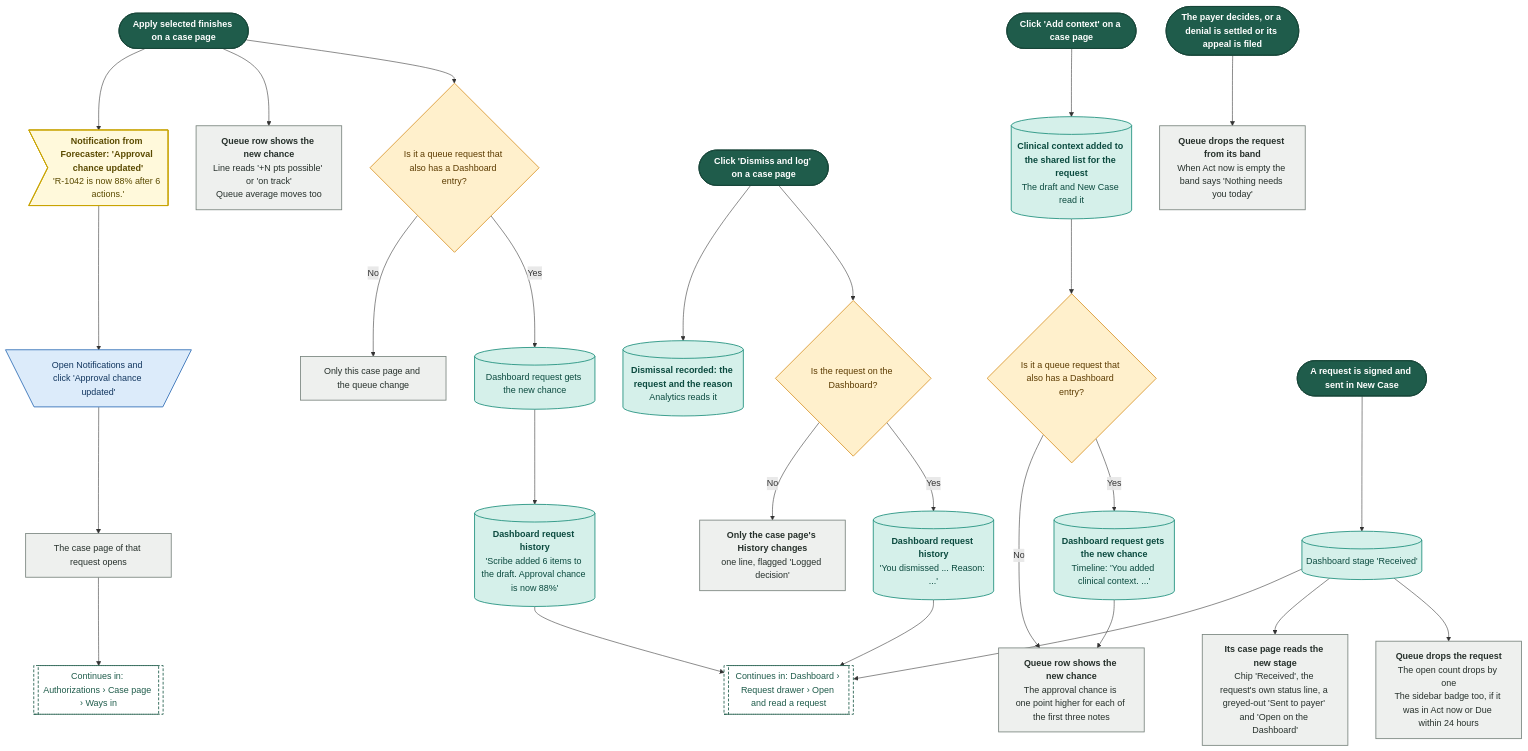
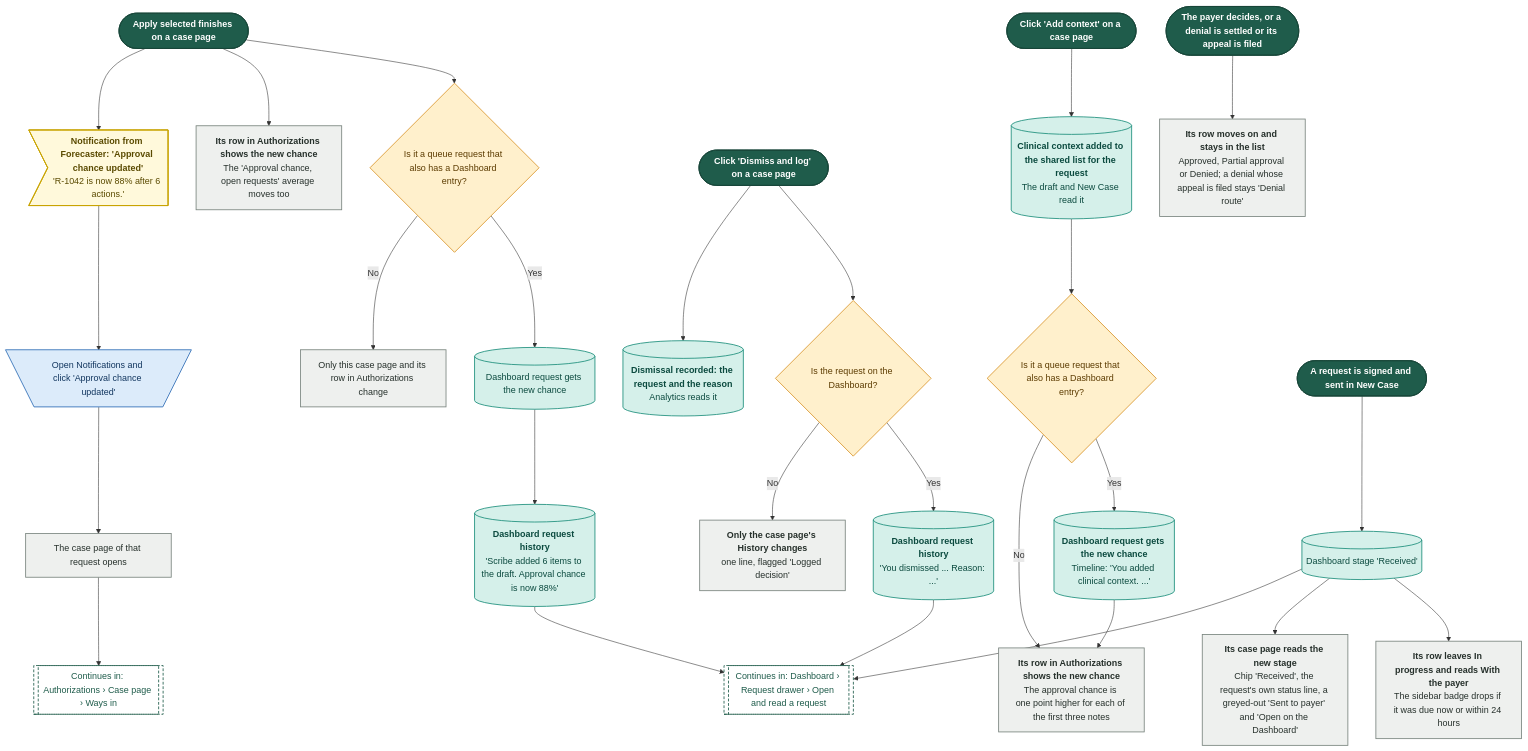
One commit to Shrav143/psyfloapp changed the diagram in demos/prior-auth-demo/workflows/out/mmd/03-authorizations/82-case-writes.mmd. Above: the diagram before and after it, drawn with Mermaid. The commit also changed 113 other files, not shown here.

First line of the commit message:
docs: workflow diagrams for the merged Authorizations (worklist, approved, reviews and tracked cases, sidebar arrow), every link retargeted, 336 diagrams

```diff
--- a/demos/prior-auth-demo/workflows/out/mmd/03-authorizations/82-case-writes.mmd
+++ b/demos/prior-auth-demo/workflows/out/mmd/03-authorizations/82-case-writes.mmd
@@ -1,69 +1,69 @@
 %%{init: {"theme":"base","themeVariables":{"fontFamily":"'DM Sans', 'Segoe UI', system-ui, sans-serif","fontSize":"15px","lineColor":"#5B6B63","primaryTextColor":"#1C2B25","clusterBkg":"#FBF8F3","clusterBorder":"#D9CDBB","edgeLabelBackground":"#FFFFFF"},"flowchart":{"curve":"basis","nodeSpacing":36,"rankSpacing":48,"padding":12,"htmlLabels":true,"useMaxWidth":false,"wrappingWidth":230}} }%%
 flowchart TD
   classDef k_start fill:#1F5C4B,stroke:#174638,color:#FFFFFF,stroke-width:1.5px,font-weight:600
   classDef k_end fill:#DDEFE3,stroke:#2E7D4F,color:#14502F,stroke-width:1.5px,font-weight:600
   classDef k_endx fill:#FBE3E0,stroke:#C0392B,color:#7A1F16,stroke-width:1.5px,font-weight:600
   classDef k_screen fill:#FFFDF8,stroke:#1F5C4B,color:#1C2B25,stroke-width:2px
   classDef k_overlay fill:#F1F7F3,stroke:#1F5C4B,color:#1C2B25,stroke-width:2px,stroke-dasharray:5 3
   classDef k_click fill:#DCEBFA,stroke:#2F6DB5,color:#12365F,stroke-width:1.5px
   classDef k_input fill:#E4E7FF,stroke:#4C5FD5,color:#1D2670,stroke-width:1.5px
   classDef k_process fill:#EEF0EE,stroke:#7A857F,color:#26302B,stroke-width:1.5px
   classDef k_agent fill:#EEE5FA,stroke:#7A4FC2,color:#341A63,stroke-width:1.5px
   classDef k_decision fill:#FFF0CC,stroke:#D9962B,color:#5C3B00,stroke-width:1.5px
   classDef k_store fill:#D5F0EA,stroke:#1C8E7B,color:#0B4A3F,stroke-width:1.5px
   classDef k_doc fill:#F6E9DC,stroke:#B07A4C,color:#4A2E14,stroke-width:1.5px
   classDef k_ext fill:#FFE6D2,stroke:#E07B39,color:#6B2F06,stroke-width:1.5px
   classDef k_wait fill:#E4E8EE,stroke:#6B7C93,color:#26303D,stroke-width:1.5px
   classDef k_toast fill:#FFF9DB,stroke:#C9A400,color:#5A4A00,stroke-width:1.5px
   classDef k_goto fill:#FFFFFF,stroke:#1F5C4B,color:#1F5C4B,stroke-width:1.5px,stroke-dasharray:5 3
   s1@{ shape: stadium, label: "Apply selected finishes on a case page" }
   d1@{ shape: diam, label: "Is it a queue request that also has a Dashboard entry?" }
   w1@{ shape: cyl, label: "Dashboard request gets the new chance" }
   w2@{ shape: cyl, label: "<b>Dashboard request history</b><br/>'Scribe added 6 items to the draft. Approval chance is now 88%'" }
-  w0@{ shape: rect, label: "Only this case page and the queue change" }
-  q1@{ shape: rect, label: "<b>Queue row shows the new chance</b><br/>Line reads '+N pts possible' or 'on track'<br/>Queue average moves too" }
+  w0@{ shape: rect, label: "Only this case page and its row in Authorizations change" }
+  q1@{ shape: rect, label: "<b>Its row in Authorizations shows the new chance</b><br/>The 'Approval chance, open requests' average moves too" }
   n1@{ shape: odd, label: "<b>Notification from Forecaster: 'Approval chance updated'</b><br/>'R-1042 is now 88% after 6 actions.'" }
   n2@{ shape: trap-t, label: "Open Notifications and click 'Approval chance updated'" }
   n3@{ shape: rect, label: "The case page of that request opens" }
   g1@{ shape: subproc, label: "Continues in: Authorizations › Case page › Ways in" }
   s2@{ shape: stadium, label: "Click 'Dismiss and log' on a case page" }
   d2@{ shape: diam, label: "Is the request on the Dashboard?" }
   w3@{ shape: cyl, label: "<b>Dashboard request history</b><br/>'You dismissed ... Reason: ...'" }
   w4@{ shape: rect, label: "<b>Only the case page's History changes</b><br/>one line, flagged 'Logged decision'" }
   w7@{ shape: cyl, label: "<b>Dismissal recorded: the request and the reason</b><br/>Analytics reads it" }
   s4@{ shape: stadium, label: "Click 'Add context' on a case page" }
   w8@{ shape: cyl, label: "<b>Clinical context added to the shared list for the request</b><br/>The draft and New Case read it" }
   d4@{ shape: diam, label: "Is it a queue request that also has a Dashboard entry?" }
   w9@{ shape: cyl, label: "<b>Dashboard request gets the new chance</b><br/>Timeline: 'You added clinical context. ...'" }
-  w10@{ shape: rect, label: "<b>Queue row shows the new chance</b><br/>The approval chance is one point higher for each of the first three notes" }
+  w10@{ shape: rect, label: "<b>Its row in Authorizations shows the new chance</b><br/>The approval chance is one point higher for each of the first three notes" }
   s3@{ shape: stadium, label: "A request is signed and sent in New Case" }
   w5@{ shape: cyl, label: "Dashboard stage 'Received'" }
-  w6@{ shape: rect, label: "<b>Queue drops the request</b><br/>The open count drops by one<br/>The sidebar badge too, if it was in Act now or Due within 24 hours" }
+  w6@{ shape: rect, label: "<b>Its row leaves In progress and reads With the payer</b><br/>The sidebar badge drops if it was due now or within 24 hours" }
   w11@{ shape: rect, label: "<b>Its case page reads the new stage</b><br/>Chip 'Received', the request's own status line, a greyed-out 'Sent to payer' and 'Open on the Dashboard'" }
   s5@{ shape: stadium, label: "The payer decides, or a denial is settled or its appeal is filed" }
-  w12@{ shape: rect, label: "<b>Queue drops the request from its band</b><br/>When Act now is empty the band says 'Nothing needs you today'" }
+  w12@{ shape: rect, label: "<b>Its row moves on and stays in the list</b><br/>Approved, Partial approval or Denied; a denial whose appeal is filed stays 'Denial route'" }
   g2@{ shape: subproc, label: "Continues in: Dashboard › Request drawer › Open and read a request" }
   s1 --> d1
   d1 -->|"Yes"| w1 --> w2
   d1 -->|"No"| w0
   s1 --> q1
   s1 --> n1 --> n2 --> n3 --> g1
   w2 --> g2
   s2 --> d2
   d2 -->|"Yes"| w3 --> g2
   d2 -->|"No"| w4
   s2 --> w7
   s4 --> w8 --> d4
   d4 -->|"Yes"| w9 --> w10
   d4 -->|"No"| w10
   s3 --> w5 --> w6
   w5 --> w11
   w5 --> g2
   s5 --> w12
   class s1,s2,s4,s3,s5 k_start
   class d1,d2,d4 k_decision
   class w1,w2,w3,w7,w8,w9,w5 k_store
   class w0,q1,n3,w4,w10,w6,w11,w12 k_process
   class n1 k_toast
   class n2 k_click
   class g1,g2 k_goto
```
